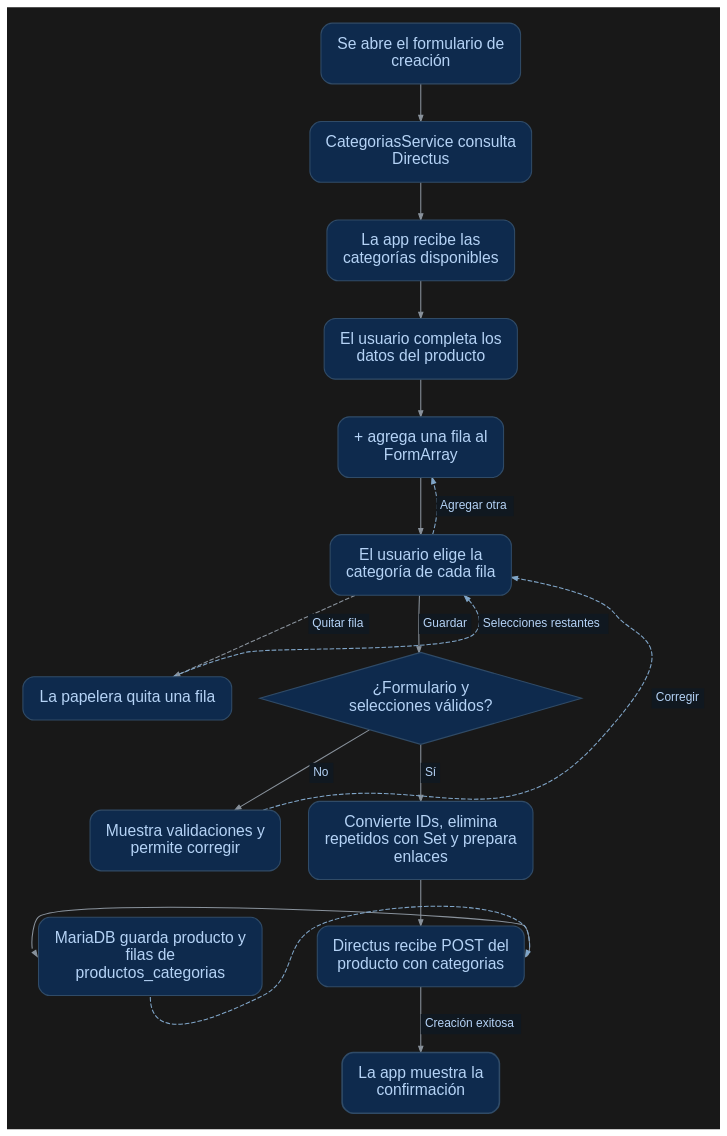
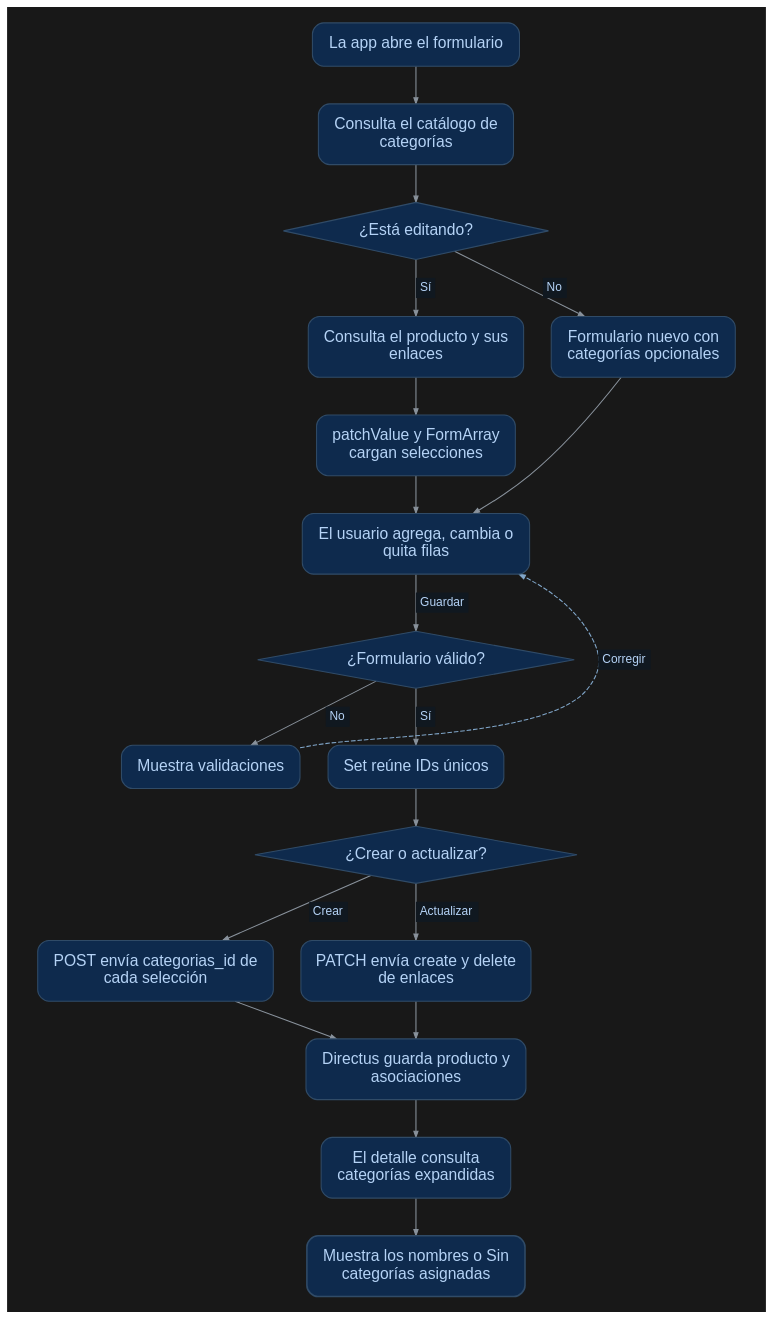
One commit to JonathanDeLaCruz/docker_moviles changed the diagram in docs/manuales/recursos/flujos/14-categorias.dot. Above: the diagram before and after it, drawn with Graphviz. The commit also changed 5 other files, not shown here.

Commit message:
Completa categorías en creación edición y detalle del manual 14

```diff
--- a/docs/manuales/recursos/flujos/14-categorias.dot
+++ b/docs/manuales/recursos/flujos/14-categorias.dot
@@ -1,35 +1,41 @@
 digraph Flujo {
   graph [rankdir=TB, bgcolor="#181818", pad="0.24", nodesep="0.42", ranksep="0.55", splines=spline, outputorder=edgesfirst];
   node [shape=box, style="rounded,filled", fillcolor="#0e2a4d", color="#304b67", fontcolor="#b5d3f6", fontname="Arial", fontsize=17, penwidth=1.15, margin="0.22,0.20"];
   edge [color="#89929c", fontcolor="#b5d3f6", fontname="Arial", fontsize=13, arrowsize=0.65, penwidth=1.15];
-  A [label="Se abre el formulario de\ncreación", group=main];
-  LOAD [label="CategoriasService consulta\nDirectus", group=main];
-  OPTIONS [label="La app recibe las\ncategorías disponibles", group=main];
-  FORM [label="El usuario completa los\ndatos del producto", group=main];
-  PLUS [label="+ agrega una fila al\nFormArray", group=main];
-  SELECT [label="El usuario elige la\ncategoría de cada fila", group=main];
-  TRASH [label="La papelera quita una fila"];
-  VALID [label="¿Formulario y\nselecciones válidos?", group=main, shape=diamond, style=filled, margin="0.12,0.08"];
-  INVALID [label="Muestra validaciones y\npermite corregir"];
-  JSON [label="Convierte IDs, elimina\nrepetidos con Set y prepara\nenlaces", group=main];
-  POST [label="Directus recibe POST del\nproducto con categorias", group=main];
-  DB [label="MariaDB guarda producto y\nfilas de\nproductos_categorias"];
-  DONE [label="La app muestra la\nconfirmación", group=main, penwidth=1.7];
-  subgraph cluster_row0 { style=invis; margin=8; {rank=same; POST; DB;} }
-  A -> LOAD [weight=12];
-  LOAD -> OPTIONS [weight=12];
-  OPTIONS -> FORM [weight=12];
-  FORM -> PLUS [weight=12];
-  PLUS -> SELECT [weight=12];
-  SELECT -> TRASH [label=<<TABLE BORDER="0" CELLBORDER="0" COLOR="#304b67" BGCOLOR="#101820" CELLPADDING="4" CELLSPACING="0" ><TR><TD>Quitar fila</TD></TR></TABLE>>, style=dashed];
-  TRASH -> SELECT [label=<<TABLE BORDER="0" CELLBORDER="0" COLOR="#304b67" BGCOLOR="#101820" CELLPADDING="4" CELLSPACING="0" ><TR><TD>Selecciones restantes</TD></TR></TABLE>>, constraint=false, style=dashed, color="#80a6c9"];
-  SELECT -> VALID [weight=12, label=<<TABLE BORDER="0" CELLBORDER="0" COLOR="#304b67" BGCOLOR="#101820" CELLPADDING="4" CELLSPACING="0" ><TR><TD>Guardar</TD></TR></TABLE>>];
-  VALID -> INVALID [label=<<TABLE BORDER="0" CELLBORDER="0" COLOR="#304b67" BGCOLOR="#101820" CELLPADDING="4" CELLSPACING="0" ><TR><TD>No</TD></TR></TABLE>>];
-  INVALID -> SELECT [label=<<TABLE BORDER="0" CELLBORDER="0" COLOR="#304b67" BGCOLOR="#101820" CELLPADDING="4" CELLSPACING="0" ><TR><TD>Corregir</TD></TR></TABLE>>, constraint=false, style=dashed, color="#80a6c9"];
-  VALID -> JSON [weight=12, label=<<TABLE BORDER="0" CELLBORDER="0" COLOR="#304b67" BGCOLOR="#101820" CELLPADDING="4" CELLSPACING="0" ><TR><TD>Sí</TD></TR></TABLE>>];
-  JSON -> POST [weight=12];
-  POST -> DB [tailport=e, headport=w, constraint=false];
-  DB -> POST [tailport=s, headport=e, constraint=false, style=dashed, color="#80a6c9"];
-  POST -> DONE [weight=12, label=<<TABLE BORDER="0" CELLBORDER="0" COLOR="#304b67" BGCOLOR="#101820" CELLPADDING="4" CELLSPACING="0" ><TR><TD>Creación exitosa</TD></TR></TABLE>>];
-  SELECT -> PLUS [label=<<TABLE BORDER="0" CELLBORDER="0" COLOR="#304b67" BGCOLOR="#101820" CELLPADDING="4" CELLSPACING="0" ><TR><TD>Agregar otra</TD></TR></TABLE>>, constraint=false, style=dashed, color="#80a6c9"];
+  A [label="La app abre el formulario", group=main];
+  CAT [label="Consulta el catálogo de\ncategorías", group=main];
+  MODE [label="¿Está editando?", group=main, shape=diamond, style=filled, margin="0.12,0.08"];
+  LOAD [label="Consulta el producto y sus\nenlaces", group=main];
+  FILL [label="patchValue y FormArray\ncargan selecciones", group=main];
+  NEW [label="Formulario nuevo con\ncategorías opcionales"];
+  EDIT [label="El usuario agrega, cambia o\nquita filas", group=main];
+  VALID [label="¿Formulario válido?", group=main, shape=diamond, style=filled, margin="0.12,0.08"];
+  ERR [label="Muestra validaciones"];
+  IDS [label="Set reúne IDs únicos", group=main];
+  SAVE [label="¿Crear o actualizar?", group=main, shape=diamond, style=filled, margin="0.12,0.08"];
+  POST [label="POST envía categorias_id de\ncada selección"];
+  PATCH [label="PATCH envía create y delete\nde enlaces", group=main];
+  DB [label="Directus guarda producto y\nasociaciones", group=main];
+  DETAIL [label="El detalle consulta\ncategorías expandidas", group=main];
+  VIEW [label="Muestra los nombres o Sin\ncategorías asignadas", group=main, penwidth=1.7];
+  subgraph cluster_row0 { style=invis; margin=8; {rank=same; LOAD; NEW;} }
+  subgraph cluster_row1 { style=invis; margin=8; {rank=same; POST; PATCH;} }
+  A -> CAT [weight=12];
+  CAT -> MODE [weight=12];
+  MODE -> LOAD [weight=12, label=<<TABLE BORDER="0" CELLBORDER="0" COLOR="#304b67" BGCOLOR="#101820" CELLPADDING="4" CELLSPACING="0" ><TR><TD>Sí</TD></TR></TABLE>>];
+  LOAD -> FILL [weight=12];
+  FILL -> EDIT [weight=12];
+  MODE -> NEW [label=<<TABLE BORDER="0" CELLBORDER="0" COLOR="#304b67" BGCOLOR="#101820" CELLPADDING="4" CELLSPACING="0" ><TR><TD>No</TD></TR></TABLE>>];
+  NEW -> EDIT;
+  EDIT -> VALID [weight=12, label=<<TABLE BORDER="0" CELLBORDER="0" COLOR="#304b67" BGCOLOR="#101820" CELLPADDING="4" CELLSPACING="0" ><TR><TD>Guardar</TD></TR></TABLE>>];
+  VALID -> ERR [label=<<TABLE BORDER="0" CELLBORDER="0" COLOR="#304b67" BGCOLOR="#101820" CELLPADDING="4" CELLSPACING="0" ><TR><TD>No</TD></TR></TABLE>>];
+  ERR -> EDIT [label=<<TABLE BORDER="0" CELLBORDER="0" COLOR="#304b67" BGCOLOR="#101820" CELLPADDING="4" CELLSPACING="0" ><TR><TD>Corregir</TD></TR></TABLE>>, constraint=false, style=dashed, color="#80a6c9"];
+  VALID -> IDS [weight=12, label=<<TABLE BORDER="0" CELLBORDER="0" COLOR="#304b67" BGCOLOR="#101820" CELLPADDING="4" CELLSPACING="0" ><TR><TD>Sí</TD></TR></TABLE>>];
+  IDS -> SAVE [weight=12];
+  SAVE -> POST [label=<<TABLE BORDER="0" CELLBORDER="0" COLOR="#304b67" BGCOLOR="#101820" CELLPADDING="4" CELLSPACING="0" ><TR><TD>Crear</TD></TR></TABLE>>];
+  SAVE -> PATCH [weight=12, label=<<TABLE BORDER="0" CELLBORDER="0" COLOR="#304b67" BGCOLOR="#101820" CELLPADDING="4" CELLSPACING="0" ><TR><TD>Actualizar</TD></TR></TABLE>>];
+  POST -> DB;
+  PATCH -> DB [weight=12];
+  DB -> DETAIL [weight=12];
+  DETAIL -> VIEW [weight=12];
 }
```
